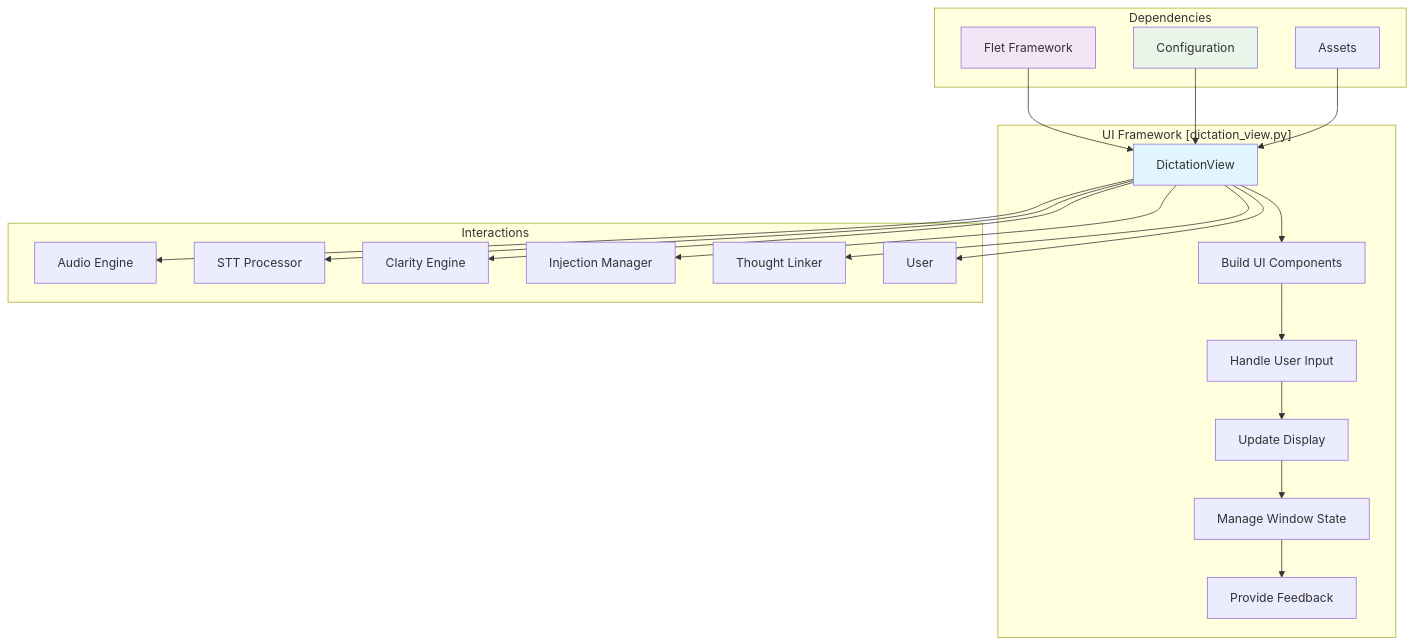
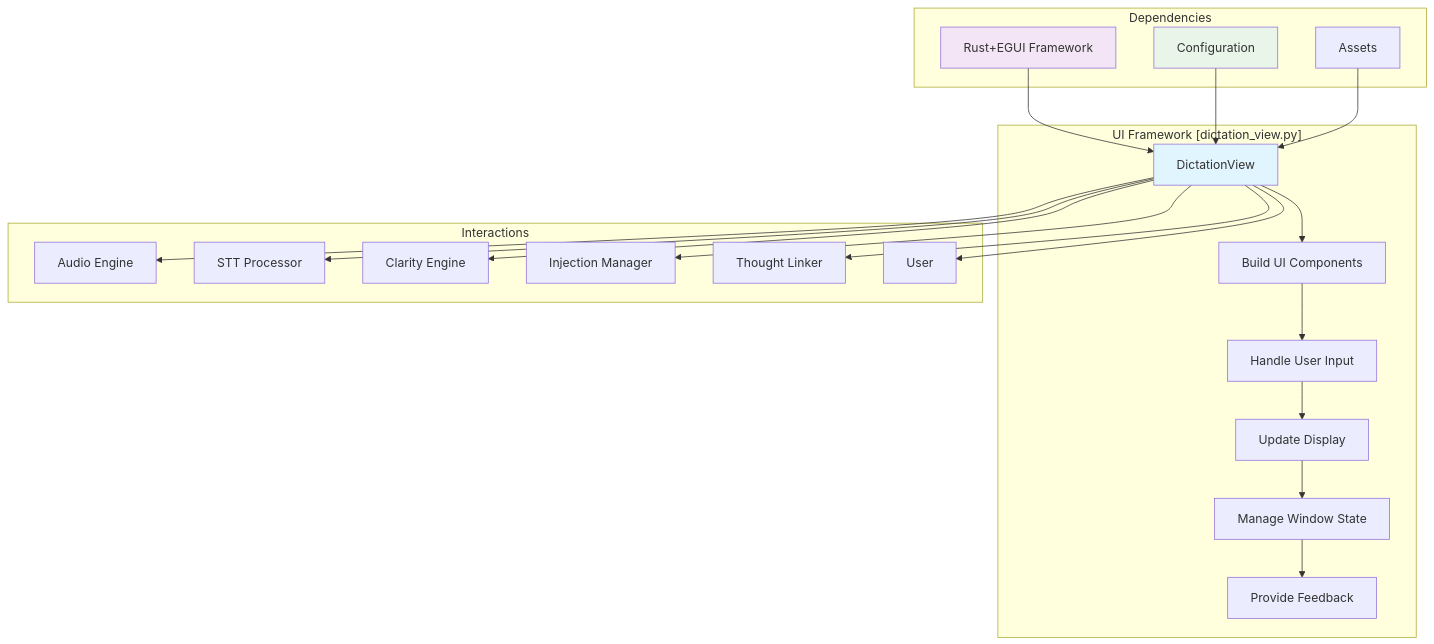
The eighth of 8 diagrams in docs/analysis/component_interaction_diagram.md (Coldaine/PersonalParakeet), drawn with Mermaid before and after one commit. The commit also changed other lines of this file and 36 other files, not shown here.

First line of the commit message:
docs: Update documentation to reflect Rust+EGUI architecture

````diff
--- a/docs/analysis/component_interaction_diagram.md
+++ b/docs/analysis/component_interaction_diagram.md
@@ -297,29 +297,29 @@
 ```mermaid
 graph TD
     subgraph "UI Framework [dictation_view.py]"
         A[DictationView] --> B[Build UI Components]
         B --> C[Handle User Input]
         C --> D[Update Display]
         D --> E[Manage Window State]
         E --> F[Provide Feedback]
     end
     
     subgraph "Dependencies"
-        G[Flet Framework] --> A
+        G[Rust+EGUI Framework] --> A
         H[Configuration] --> A
         I[Assets] --> A
     end
     
     subgraph "Interactions"
         A --> J[Audio Engine]
         A --> K[STT Processor]
         A --> L[Clarity Engine]
         A --> M[Injection Manager]
         A --> N[Thought Linker]
         A --> O[User]
     end
     
     style A fill:#e1f5fe
     style G fill:#f3e5f5
     style H fill:#e8f5e8
 ```
````
